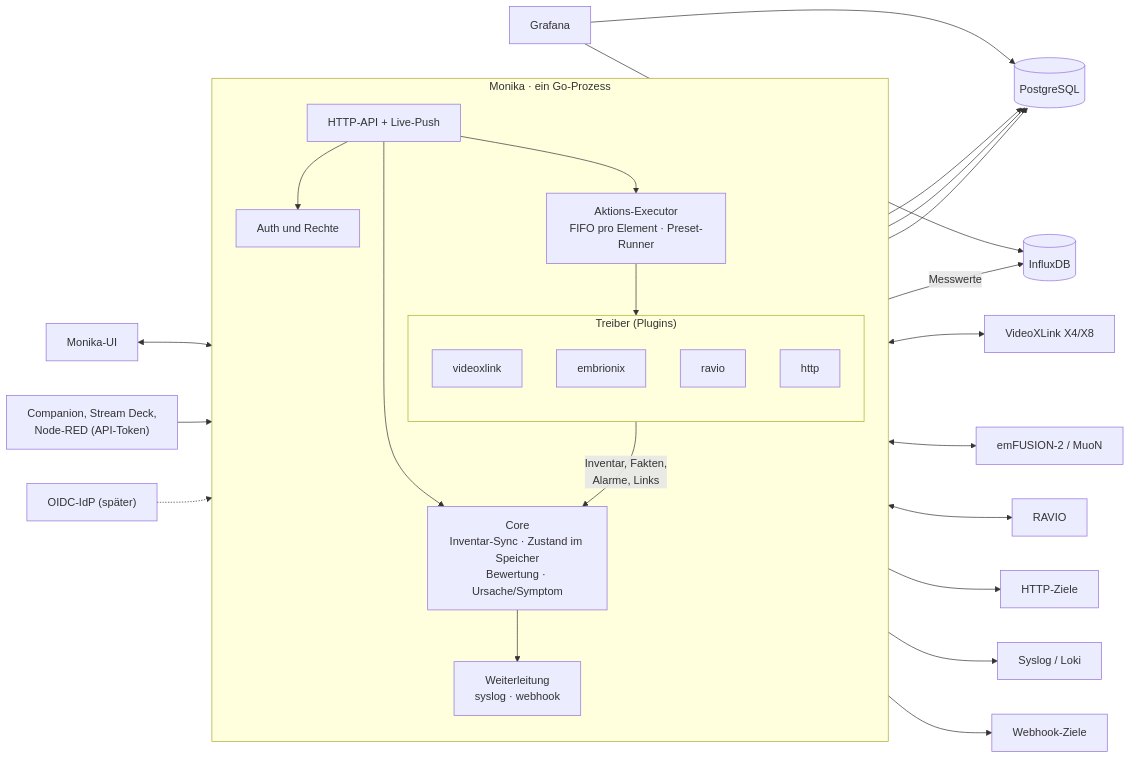
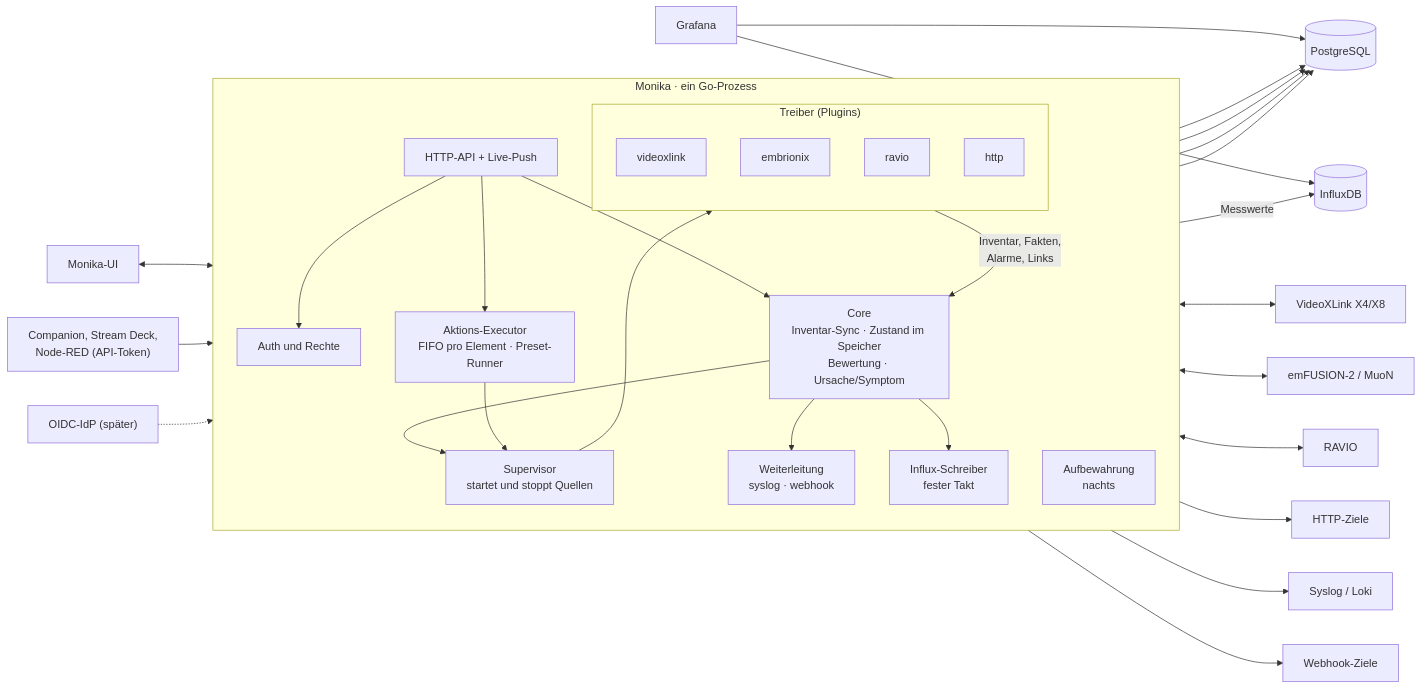
The first of 3 diagrams in docs/ARCHITECTURE.md (lukirs95/monika), drawn with Mermaid before and after one commit. The commit also changed other lines of this file and 10 other files, not shown here.

````diff
--- a/docs/ARCHITECTURE.md
+++ b/docs/ARCHITECTURE.md
@@ -96,43 +96,50 @@
 ```mermaid
 flowchart LR
   subgraph Monika["Monika · ein Go-Prozess"]
     direction TB
     API["HTTP-API + Live-Push"]
     AUTH["Auth und Rechte"]
     CORE["Core<br/>Inventar-Sync · Zustand im Speicher<br/>Bewertung · Ursache/Symptom"]
     EXEC["Aktions-Executor<br/>FIFO pro Element · Preset-Runner"]
+    SUP["Supervisor<br/>startet und stoppt Quellen"]
     FWD["Weiterleitung<br/>syslog · webhook"]
+    HIST["Influx-Schreiber<br/>fester Takt"]
+    RET["Aufbewahrung<br/>nachts"]
     subgraph DRV["Treiber (Plugins)"]
       direction TB
       VXL["videoxlink"]
       EMB["embrionix"]
       RAV["ravio"]
       HTTP["http"]
     end
   end
 
   UI["Monika-UI"] <--> API
   EXT["Companion, Stream Deck,<br/>Node-RED (API-Token)"] --> API
   API --> AUTH
   API --> CORE
   API --> EXEC
-  EXEC --> DRV
+  CORE --> SUP
+  EXEC --> SUP
+  SUP --> DRV
   DRV -- "Inventar, Fakten,<br/>Alarme, Links" --> CORE
   CORE --> FWD
+  CORE --> HIST
 
   CORE --> PG[("PostgreSQL")]
   EXEC --> PG
   AUTH --> PG
-  CORE -- "Messwerte" --> INF[("InfluxDB")]
+  HIST -- "Messwerte" --> INF[("InfluxDB")]
+  RET --> PG
 
   VXL <--> X8["VideoXLink X4/X8"]
   EMB <--> E2["emFUSION-2 / MuoN"]
   RAV <--> RV["RAVIO"]
   HTTP --> WEB["HTTP-Ziele"]
 
   FWD --> SYS["Syslog / Loki"]
   FWD --> WH["Webhook-Ziele"]
   GRAF["Grafana"] --> INF
   GRAF --> PG
   IDP["OIDC-IdP (später)"] -.-> AUTH
 ```
````
